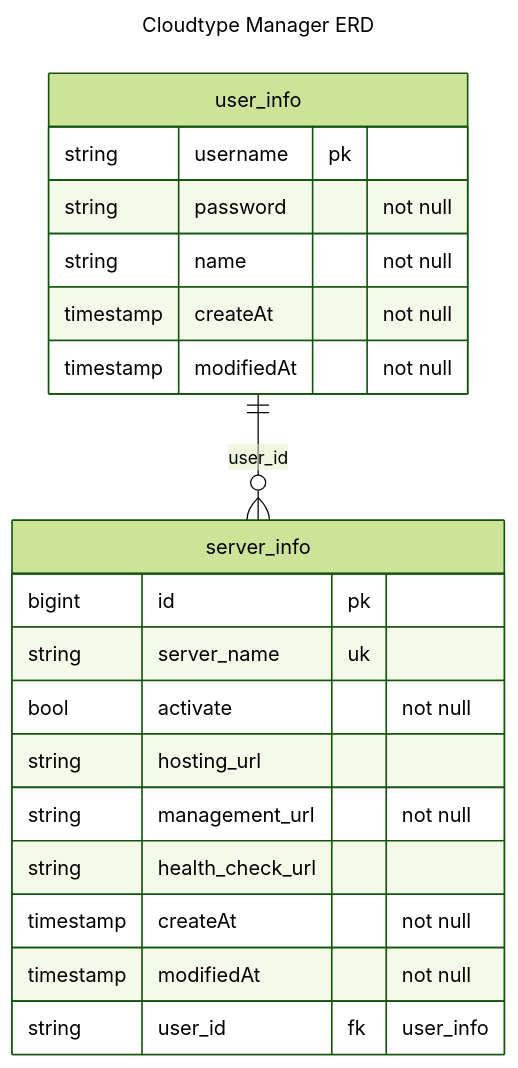
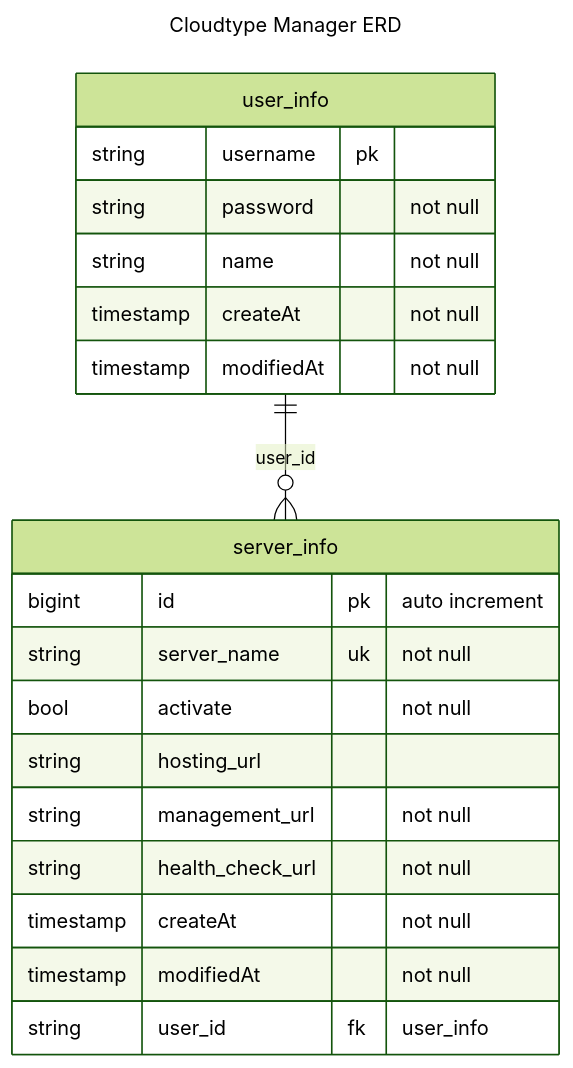
The diagram in cloudtype-manager-api/README.md (GuardJo/cloudtype-manager), drawn with Mermaid (forest theme) before and after one commit. The commit also changed 1 other file, not shown here.

Commit message:
[BE] #28 서버 관련 테이블 구성
- server_info 스키마 구성
- 관련 ERD 최신화

````diff
--- a/cloudtype-manager-api/README.md
+++ b/cloudtype-manager-api/README.md
@@ -26,27 +26,27 @@
 ```mermaid
 ---
 title: Cloudtype Manager ERD
 ---
 erDiagram
     user_info {
 string username pk
     string password "not null"
 string name "not null"
 timestamp createAt "not null"
 timestamp modifiedAt "not null"
 }
 
 server_info {
-bigint id pk
-string server_name uk
+bigint id pk "auto increment"
+string server_name uk "not null"
 bool activate "not null"
 string hosting_url
 string management_url "not null"
-string health_check_url
+string health_check_url "not null"
 timestamp createAt "not null"
 timestamp modifiedAt "not null"
 string user_id fk "user_info"
 }
 
 user_info ||--o{ server_info: "user_id"
 ```
````
